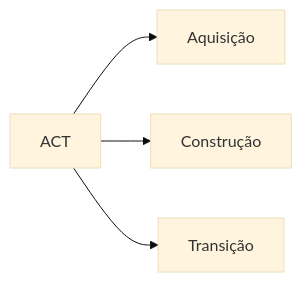
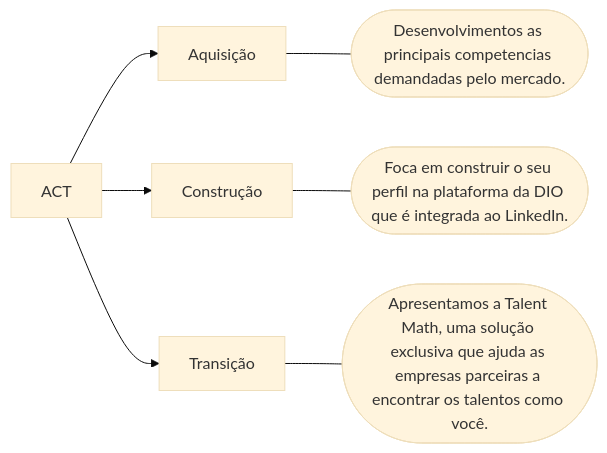
The third of 3 diagrams in Módulo 1/01. Educação Gratuita e Empregabilidade Juntas.md (joeywheelersam/Java-AI-Powered), drawn with Mermaid (base theme) before and after one commit. The commit also changed other lines of this file, not shown here.

````diff
--- a/Módulo 1/01. Educação Gratuita e Empregabilidade Juntas.md
+++ b/Módulo 1/01. Educação Gratuita e Empregabilidade Juntas.md
@@ -40,6 +40,9 @@
 ```mermaid
 flowchart LR;
     ACT --> Aquisição;
+    Aquisição --- A([Desenvolvimentos as principais competencias demandadas pelo mercado.]);
     ACT --> Construção;
+    Construção --- C([Foca em construir o seu perfil na plataforma da DIO que é integrada ao LinkedIn.]);
     ACT --> Transição;
+    Transição --- T([Apresentamos a Talent Math, uma solução exclusiva que ajuda as empresas parceiras a encontrar os talentos como você.]);
 ```
````
